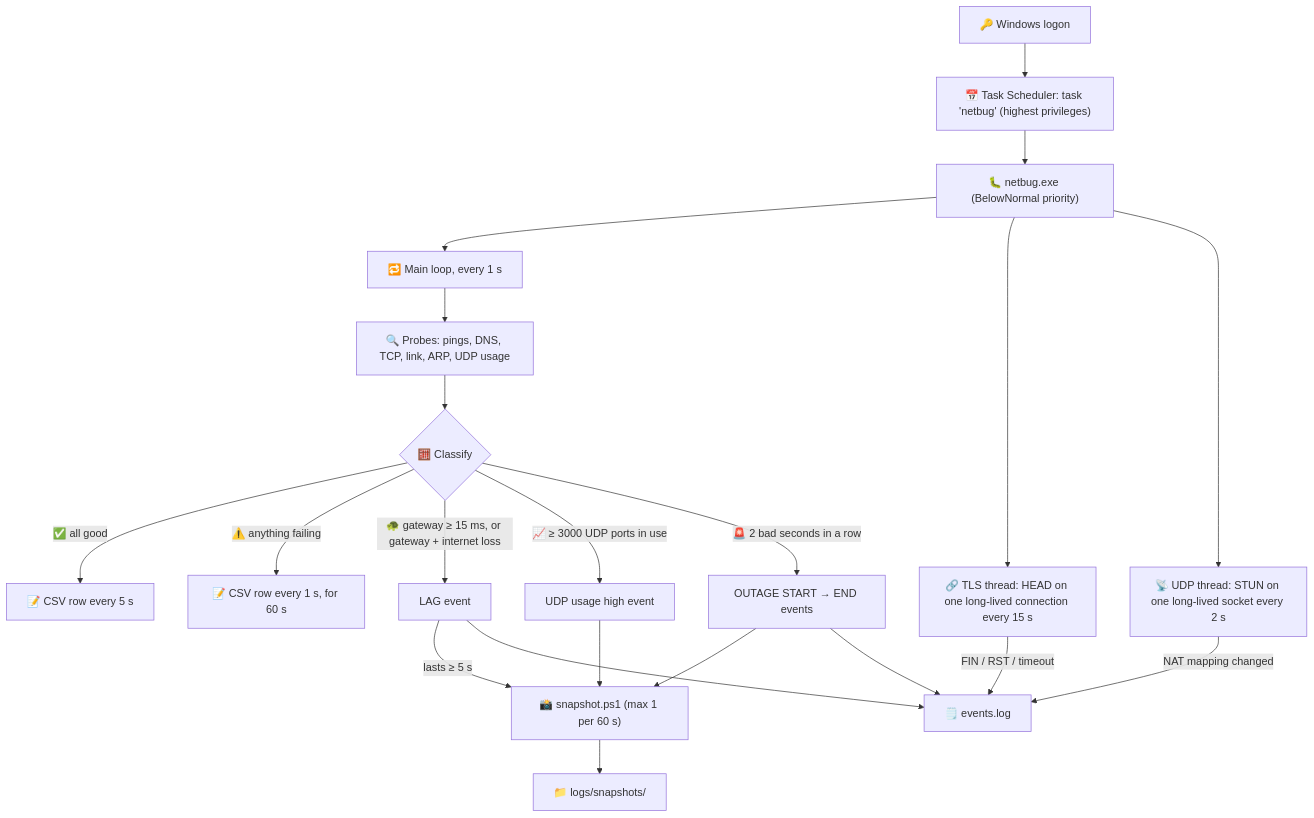
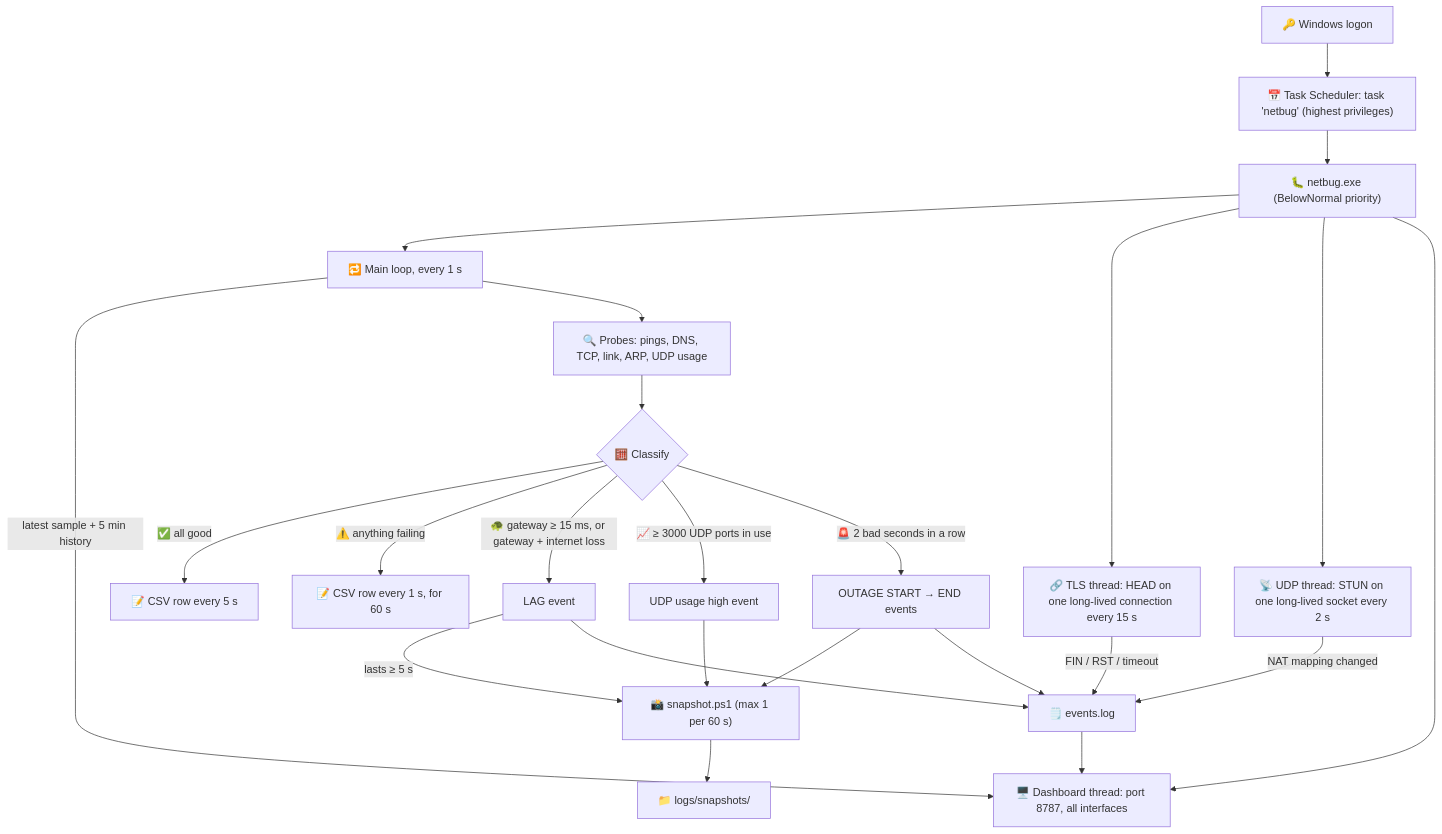
One commit to tariqaq/netbug changed the diagram in README.md. Above: the diagram before and after it, drawn with Mermaid. The commit also changed other lines of this file and 4 other files, not shown here.

Commit message:
netbug: live LAN dashboard on port 8787

````diff
--- a/README.md
+++ b/README.md
@@ -24,28 +24,31 @@
 ```mermaid
 flowchart TD
     A["🔑 Windows logon"] --> B["📅 Task Scheduler: task 'netbug' (highest privileges)"]
     B --> C["🐛 netbug.exe (BelowNormal priority)"]
 
     C --> M["🔁 Main loop, every 1 s"]
     C --> T["🔗 TLS thread: HEAD on one long-lived connection every 15 s"]
     C --> U["📡 UDP thread: STUN on one long-lived socket every 2 s"]
+    C --> W["🖥️ Dashboard thread: port 8787, all interfaces"]
+    E --> W
+    M -->|"latest sample + 5 min history"| W
 
     M --> P["🔍 Probes: pings, DNS, TCP, link, ARP, UDP usage"]
     P --> K{"🧮 Classify"}
 
     K -->|"✅ all good"| R1["📝 CSV row every 5 s"]
     K -->|"⚠️ anything failing"| R2["📝 CSV row every 1 s, for 60 s"]
     K -->|"🐢 gateway ≥ 15 ms, or gateway + internet loss"| L["LAG event"]
     K -->|"📈 ≥ 3000 UDP ports in use"| H["UDP usage high event"]
     H --> S
     K -->|"🚨 2 bad seconds in a row"| O["OUTAGE START → END events"]
 
     L -->|"lasts ≥ 5 s"| S["📸 snapshot.ps1 (max 1 per 60 s)"]
     O --> S
 
     T -->|"FIN / RST / timeout"| E["🗒️ events.log"]
     U -->|"NAT mapping changed"| E
     L --> E
     O --> E
     S --> D["📁 logs/snapshots/"]
 ```
````
